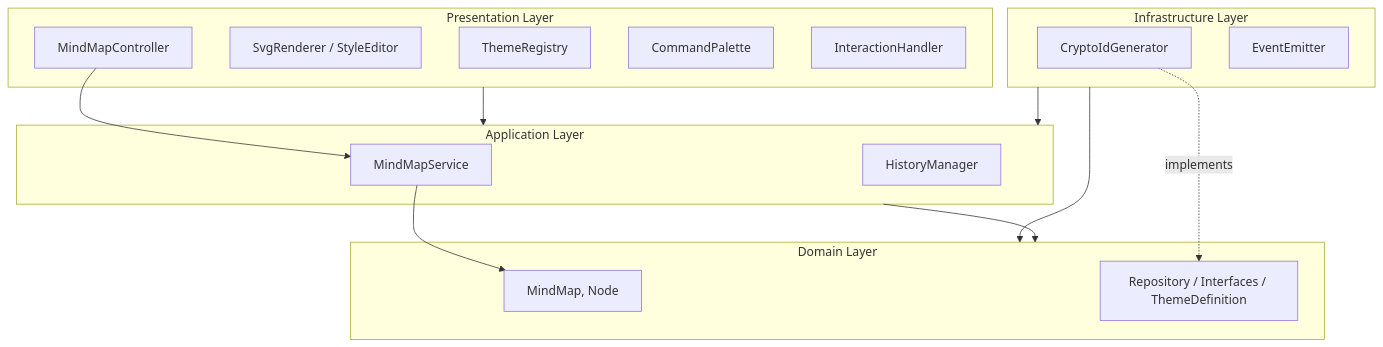
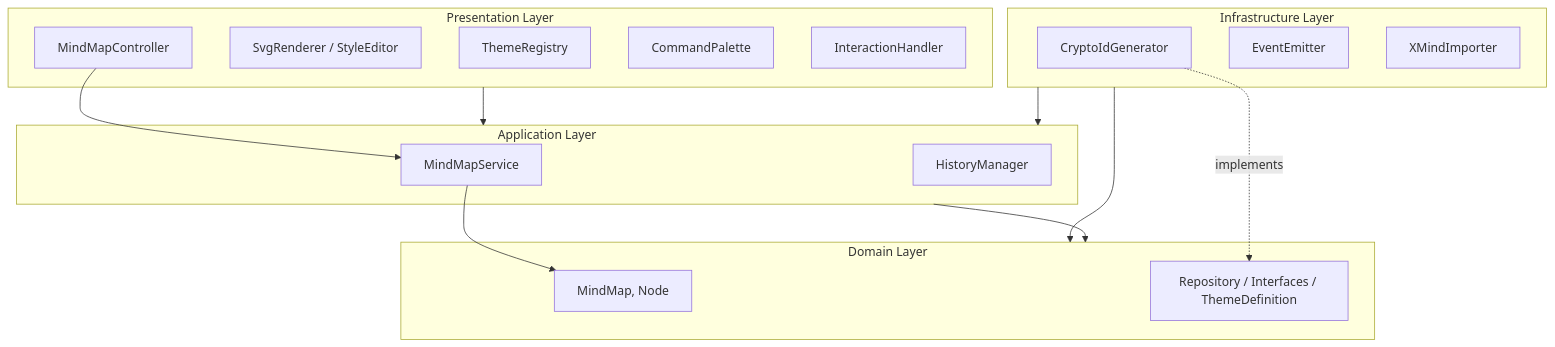
The first of 6 diagrams in docs/SOFTWARE_ARCHITECTURE.md (hiroooo000/kakidash), drawn with Mermaid before and after one commit. The commit also changed other lines of this file and 26 other files, not shown here.

Commit message:
feat: Implement XMind import feature and update documentation and architecture

````diff
--- a/docs/SOFTWARE_ARCHITECTURE.md
+++ b/docs/SOFTWARE_ARCHITECTURE.md
@@ -10,36 +10,37 @@
 ```mermaid
 graph TD
     subgraph Presentation ["Presentation Layer"]
         Controller[MindMapController]
         View[SvgRenderer / StyleEditor]
         Registry[ThemeRegistry]
         Command[CommandPalette]
         Interaction[InteractionHandler]
     end
 
     subgraph Infrastructure ["Infrastructure Layer"]
         IdGenImpl[CryptoIdGenerator]
         EventBusImpl[EventEmitter]
+        Importer[XMindImporter]
     end
 
     subgraph Application ["Application Layer"]
         Service[MindMapService]
         History[HistoryManager]
     end
 
     subgraph Domain ["Domain Layer"]
         Entities[MindMap, Node]
         Interfaces[Repository / Interfaces / ThemeDefinition]
     end
 
     %% Dependency Rules
     Presentation --> Application
     Infrastructure --> Application
     Infrastructure --> Domain
     Application --> Domain
     
     %% Specific Dependencies
     Controller --> Service
     Service --> Entities
     IdGenImpl -.->|implements| Interfaces
 ```
````
